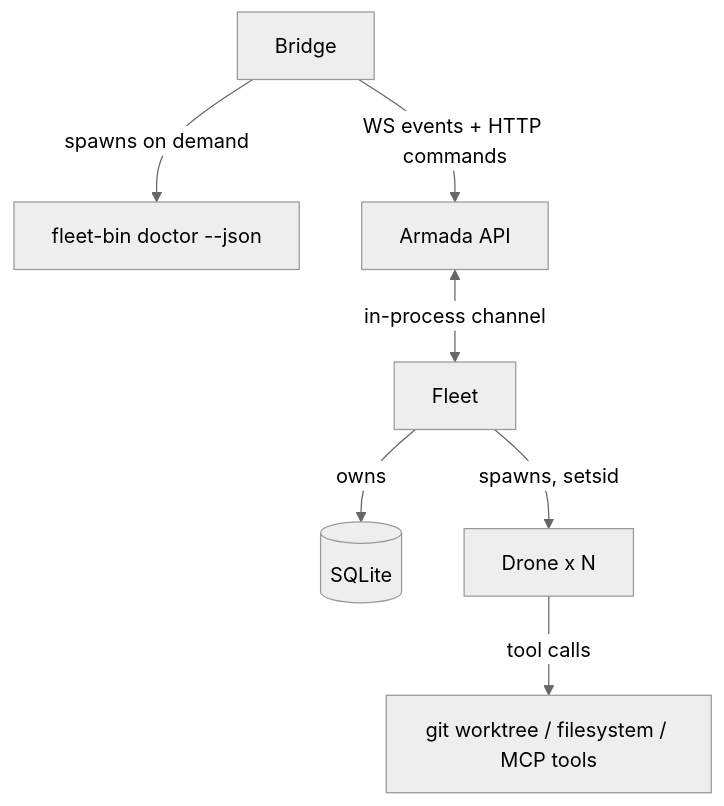
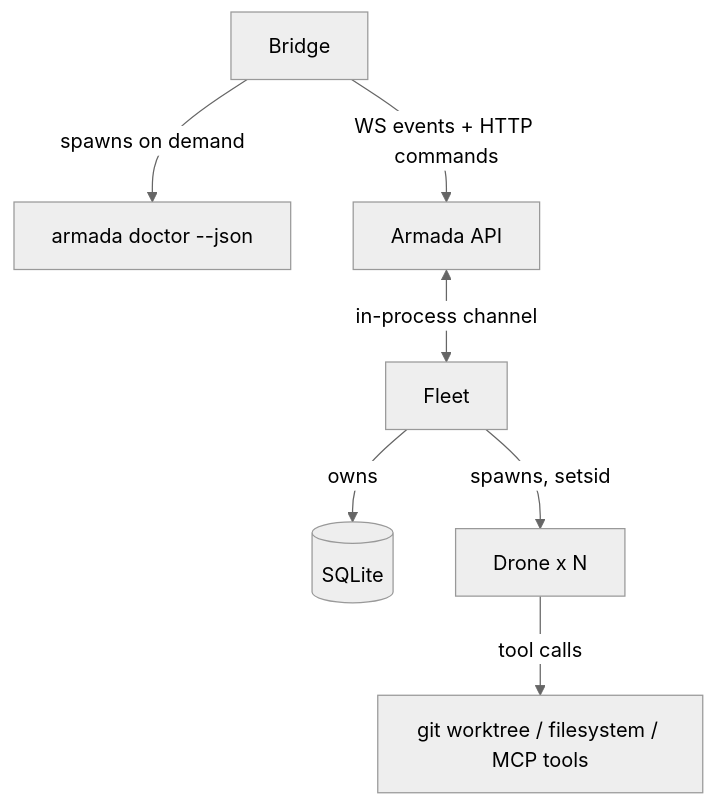
Before and after one commit to NickMele/armada: the diagram in docs/contracts/system-architecture.md, drawn with Mermaid (neutral theme). The commit also changed other lines of this file and 24 other files, not shown here.

````diff
--- a/docs/contracts/system-architecture.md
+++ b/docs/contracts/system-architecture.md
@@ -44,17 +44,17 @@
 ```mermaid
 flowchart TB
     B["Bridge"]
-    P["fleet-bin doctor --json"]
+    P["armada doctor --json"]
     AS["Armada API"]
     F["Fleet"]
     DB[("SQLite")]
     D["Drone x N"]
     WT["git worktree / filesystem / MCP tools"]
 
     B -- "WS events + HTTP commands" --> AS
     B -- "spawns on demand" --> P
     AS <-- "in-process channel" --> F
     F -- "spawns, setsid" --> D
     F -- "owns" --> DB
     D -- "tool calls" --> WT
 ```
````
